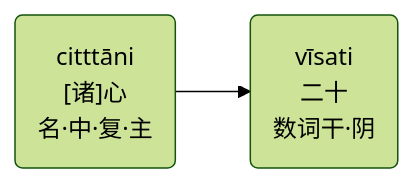
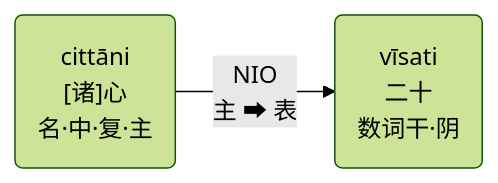
One commit to iapt-platform/pali-handbook changed the third of 3 diagrams in src/basic-relation/nom/nom-nio.md. Above: the diagram before and after it, drawn with Mermaid (forest theme). The commit also changed other lines of this file and 2 other files, not shown here.

Commit message:
:art:关系图美化

```diff
--- a/src/basic-relation/nom/nom-nio.md
+++ b/src/basic-relation/nom/nom-nio.md
@@ -32,4 +38,6 @@
 <div class="mermaid">
 graph LR
-A("citttāni<br>[诸]心<br>名·中·复·主")-->B("vīsati<br>二十<br>数词干·阴")
+A("cittāni<br>[诸]心<br>名·中·复·主")
+B("vīsati<br>二十<br>数词干·阴")
+A--"NIO<br>主 ➡ 表"-->B
 </div>
```
